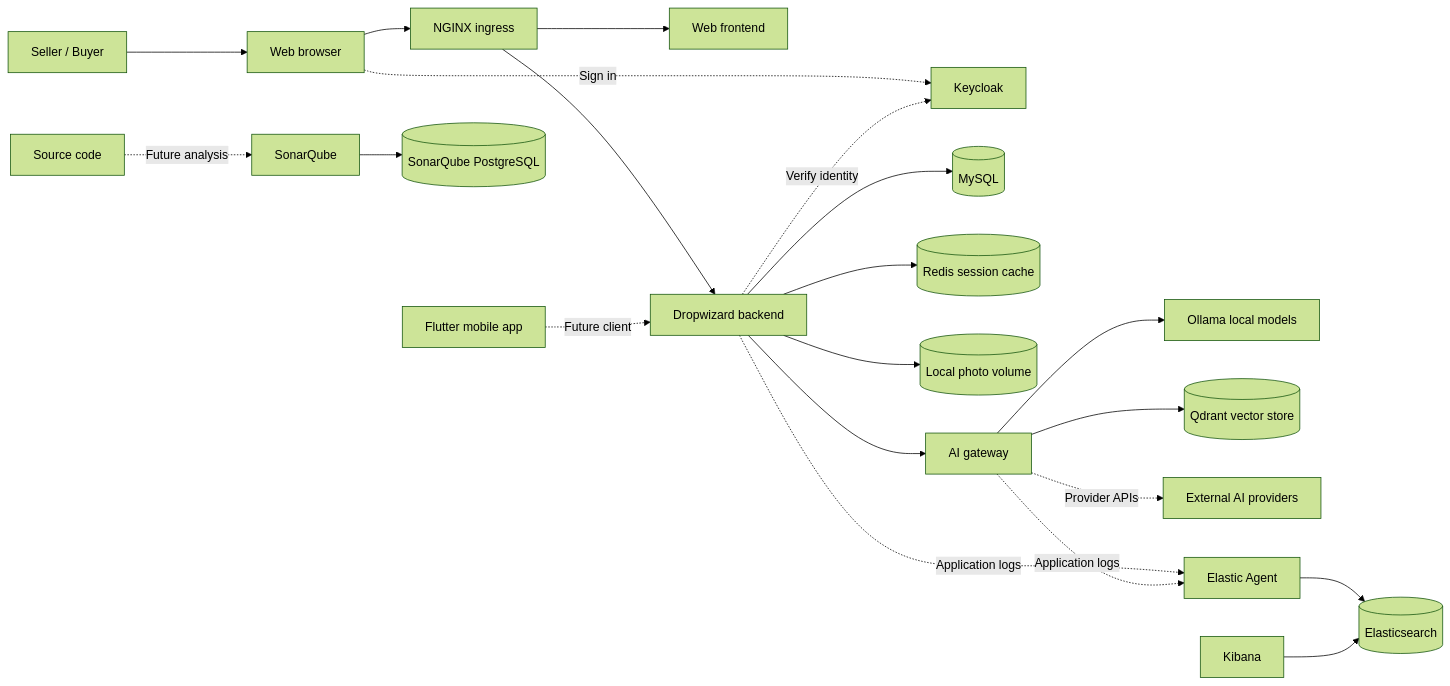
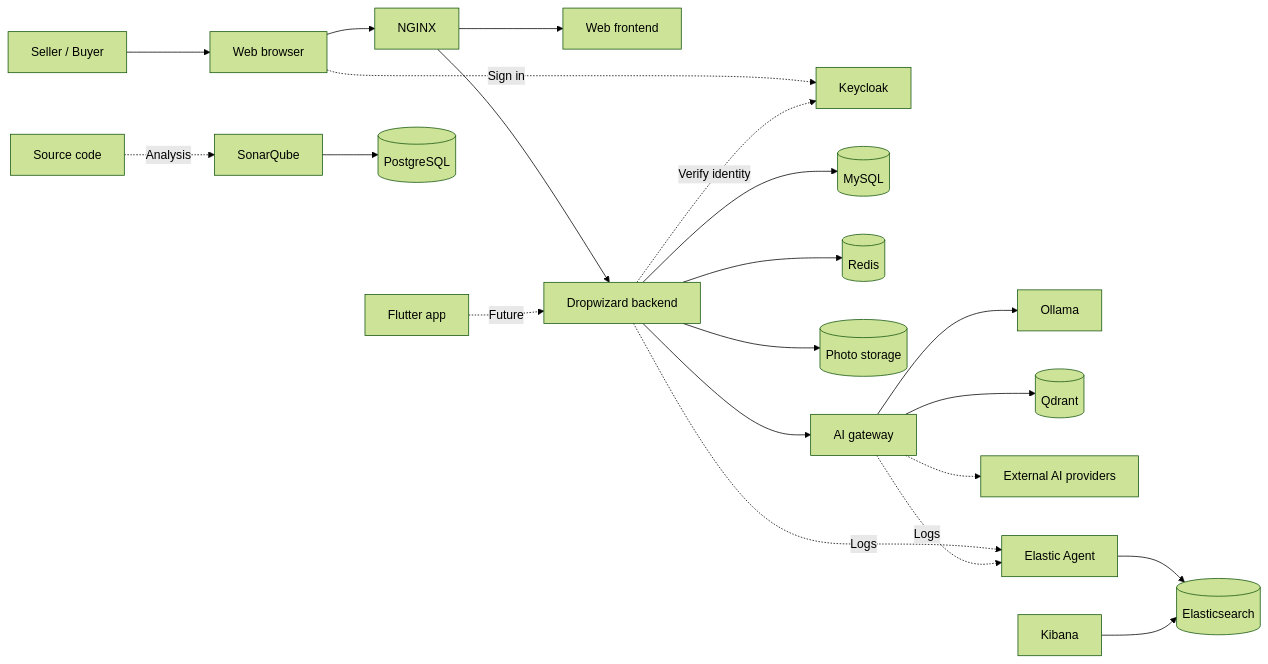
One commit to napalm23zero/interview-preparation-zartis_adevinta changed the diagram in README.md. Above: the diagram before and after it, drawn with Mermaid (forest theme). The commit also changed other lines of this file, not shown here.

````diff
--- a/README.md
+++ b/README.md
@@ -129,26 +60,25 @@
 ```mermaid
 flowchart LR
-    Seller[Seller / Buyer] --> Browser[Web browser]
-    Browser --> Nginx[NGINX ingress]
+    User[Seller / Buyer] --> Browser[Web browser]
+    Browser --> Nginx[NGINX]
     Nginx --> Web[Web frontend]
     Nginx --> API[Dropwizard backend]
     Browser -. Sign in .-> Identity[Keycloak]
     API -. Verify identity .-> Identity
-    Mobile[Flutter mobile app] -. Future client .-> API
+    Mobile[Flutter app] -. Future .-> API
 
     API --> DB[(MySQL)]
-    API --> Cache[(Redis session cache)]
-    API --> Photos[(Local photo volume)]
+    API --> Cache[(Redis)]
+    API --> Photos[(Photo storage)]
     API --> Gateway[AI gateway]
-    Gateway --> Ollama[Ollama local models]
-    Gateway --> Vector[(Qdrant vector store)]
-    Gateway -. Provider APIs .-> Providers[External AI providers]
+    Gateway --> Ollama[Ollama]
+    Gateway --> Vector[(Qdrant)]
+    Gateway -.-> Providers[External AI providers]
 
-    API -. Application logs .-> Agent[Elastic Agent]
-    Gateway -. Application logs .-> Agent
+    API -. Logs .-> Agent[Elastic Agent]
+    Gateway -. Logs .-> Agent
     Agent --> Elastic[(Elasticsearch)]
     Kibana[Kibana] --> Elastic
-
-    Code[Source code] -. Future analysis .-> Sonar[SonarQube]
-    Sonar --> SonarDB[(SonarQube PostgreSQL)]
+    Code[Source code] -. Analysis .-> Sonar[SonarQube]
+    Sonar --> SonarDB[(PostgreSQL)]
 ```
````
